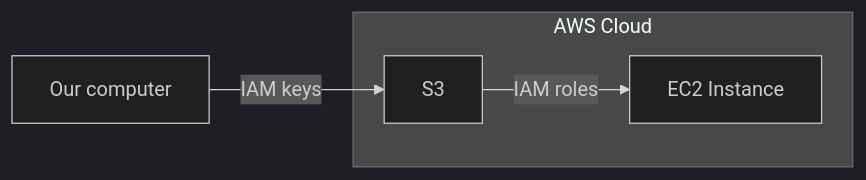
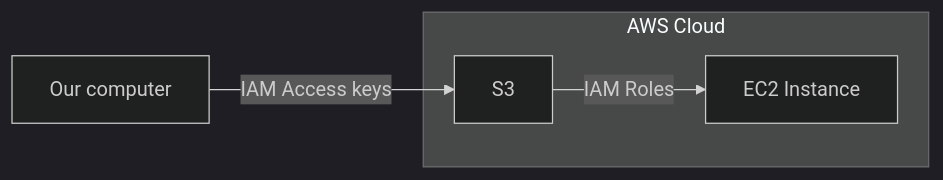
The fourth of 4 diagrams in AWS/services/iam.md (CSpyridakis/notes), drawn with Mermaid (dark theme) before and after one commit. The commit also changed other lines of this file, not shown here.

Commit message:
Update IAM documentation of AWS

````diff
--- a/AWS/services/iam.md
+++ b/AWS/services/iam.md
@@ -102,9 +206,9 @@
 ```mermaid
 flowchart LR
   A[Our computer]
   subgraph AWS Cloud
     B[S3]
     C[EC2 Instance]
   end
-  A --  IAM keys --> B -- IAM roles --> C
+  A --  IAM Access keys --> B -- IAM Roles --> C
 ```
````
